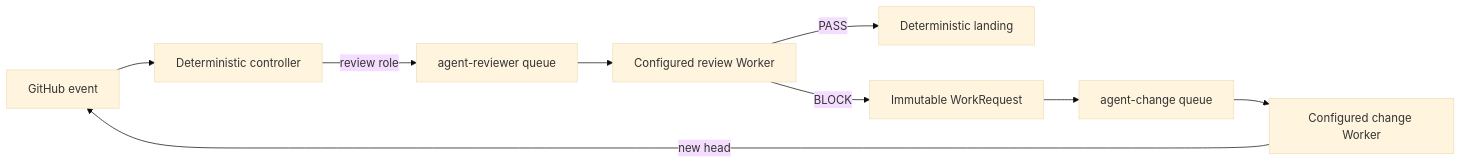
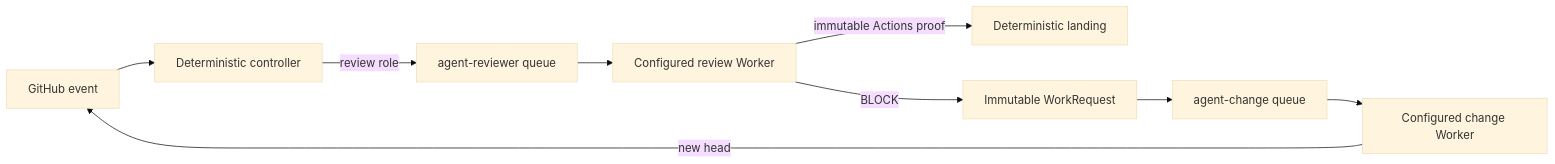
One commit to Ornn8/dsh-agent-automation changed the diagram in docs/architecture.md. Above: the diagram before and after it, drawn with Mermaid (base theme). The commit also changed other lines of this file and 72 other files, not shown here.

````diff
--- a/docs/architecture.md
+++ b/docs/architecture.md
@@ -35,11 +35,11 @@
 ```mermaid
 flowchart LR
   G["GitHub event"] --> C["Deterministic controller"]
   C -->|"review role"| RQ["agent-reviewer queue"]
   RQ --> RA["Configured review Worker"]
-  RA -->|"PASS"| L["Deterministic landing"]
+  RA -->|"immutable Actions proof"| L["Deterministic landing"]
   RA -->|"BLOCK"| W["Immutable WorkRequest"]
   W --> CQ["agent-change queue"]
   CQ --> CA["Configured change Worker"]
   CA -->|"new head"| G
 ```
````
